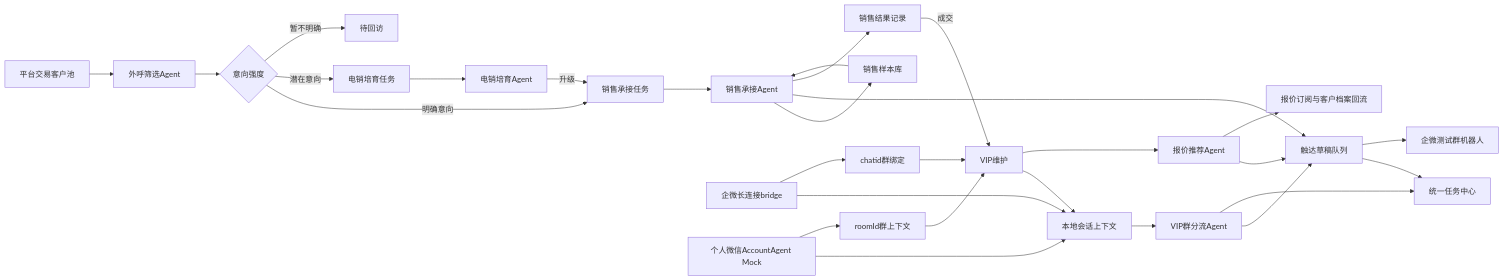
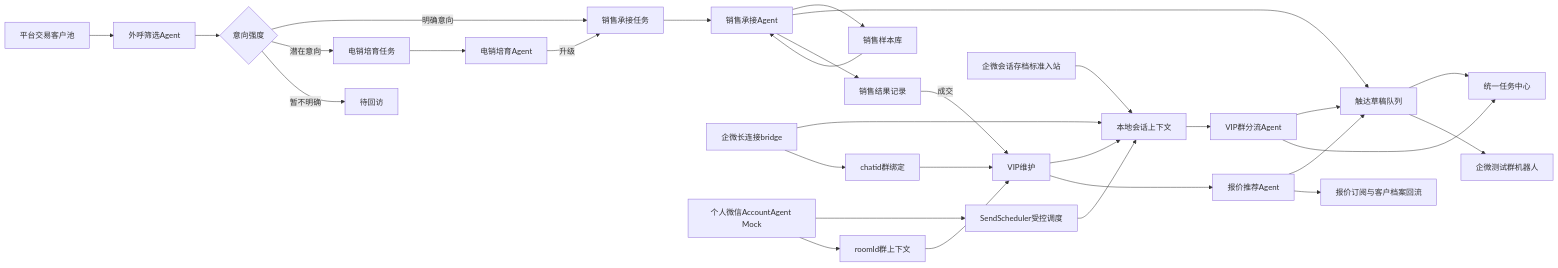
Before and after one commit to JUJUJUN313/customer-ops-agent-console: the diagram in docs/PROJECT.md, drawn with Mermaid. The commit also changed other lines of this file and 15 other files, not shown here.

````diff
--- a/docs/PROJECT.md
+++ b/docs/PROJECT.md
@@ -9,31 +9,33 @@
 ```mermaid
 flowchart LR
   A["平台交易客户池"] --> B["外呼筛选Agent"]
   B --> C{"意向强度"}
   C -->|"明确意向"| D["销售承接任务"]
   C -->|"潜在意向"| E["电销培育任务"]
   C -->|"暂不明确"| F["待回访"]
   E --> G["电销培育Agent"]
   G -->|"升级"| D
   D --> H["销售承接Agent"]
   H --> O["销售样本库"]
   O --> H
   H --> Q["触达草稿队列"]
   H --> I["销售结果记录"]
   I -->|"成交"| J["VIP维护"]
   J --> P["本地会话上下文"]
   P --> K["VIP群分流Agent"]
+  V["企微会话存档标准入站"] --> P
   X["企微长连接bridge"] --> P
-  Z["个人微信AccountAgent Mock"] --> P
+  Z["个人微信AccountAgent Mock"] --> S["SendScheduler受控调度"]
+  S --> P
   X --> Y["chatid群绑定"]
   Z --> R["roomId群上下文"]
   Y --> J
   R --> J
   J --> L["报价推荐Agent"]
   K --> Q
   L --> Q
   K --> M["统一任务中心"]
   L --> N["报价订阅与客户档案回流"]
   Q --> M
   Q --> W["企微测试群机器人"]
 ```
````
